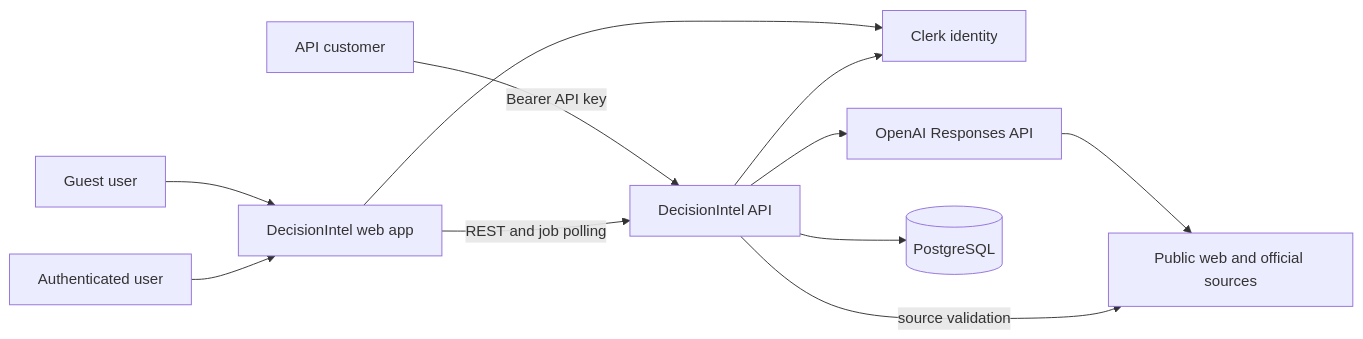
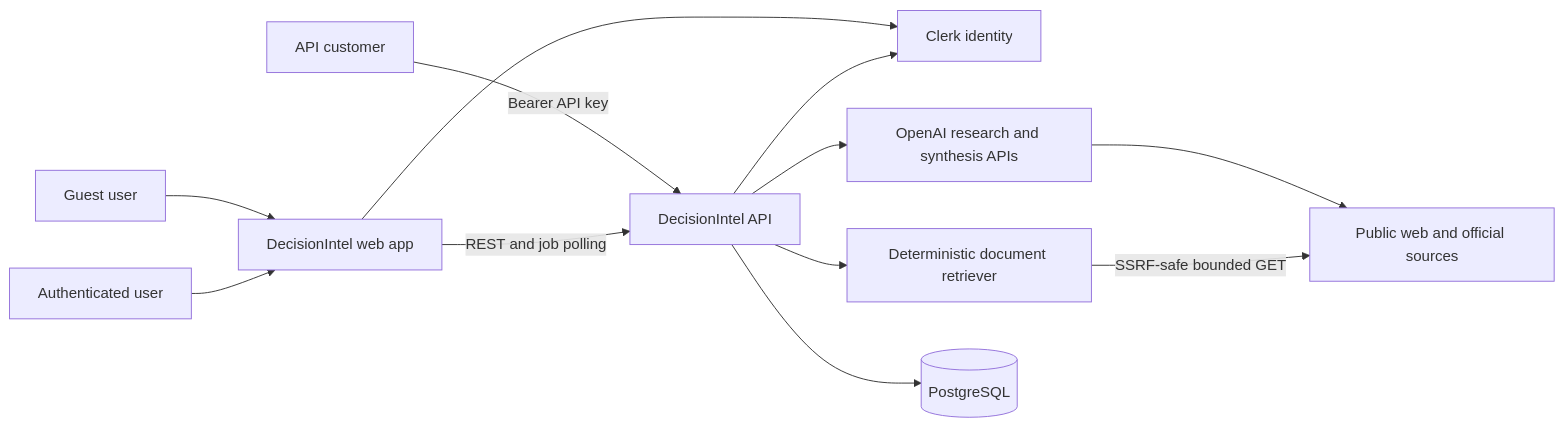
One commit to bharanmanivannan-sys/Vendor_Comparison_Clerk_Replit changed the first of 7 diagrams in docs/architecture-and-design.md. Above: the diagram before and after it, drawn with Mermaid. The commit also changed other lines of this file and 10 other files, not shown here.

Commit message:
Document verified evidence architecture

````diff
--- a/docs/architecture-and-design.md
+++ b/docs/architecture-and-design.md
@@ -28,23 +28,25 @@
 ```mermaid
 flowchart LR
     Guest[Guest user]
     User[Authenticated user]
     Customer[API customer]
     Web[DecisionIntel web app]
     API[DecisionIntel API]
     Clerk[Clerk identity]
-    OpenAI[OpenAI Responses API]
+    OpenAI[OpenAI research and synthesis APIs]
+    Retrieval[Deterministic document retriever]
     WebSources[Public web and official sources]
     Postgres[(PostgreSQL)]
 
     Guest --> Web
     User --> Web
     Customer -->|Bearer API key| API
     Web -->|REST and job polling| API
     Web --> Clerk
     API --> Clerk
     API --> OpenAI
     OpenAI --> WebSources
-    API -->|source validation| WebSources
+    API --> Retrieval
+    Retrieval -->|SSRF-safe bounded GET| WebSources
     API --> Postgres
 ```
````
